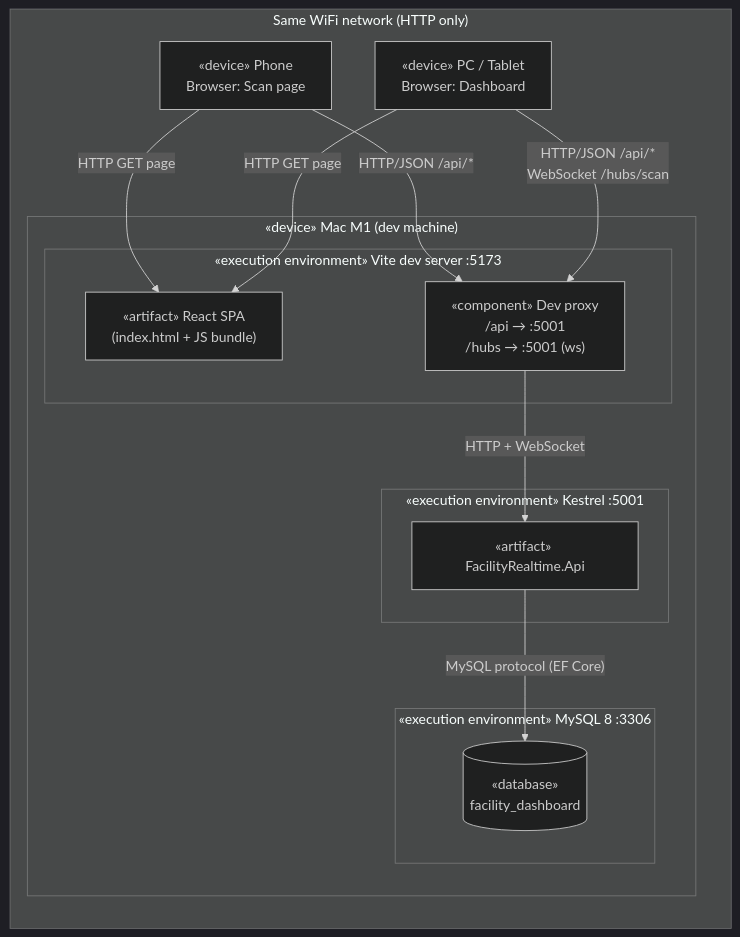
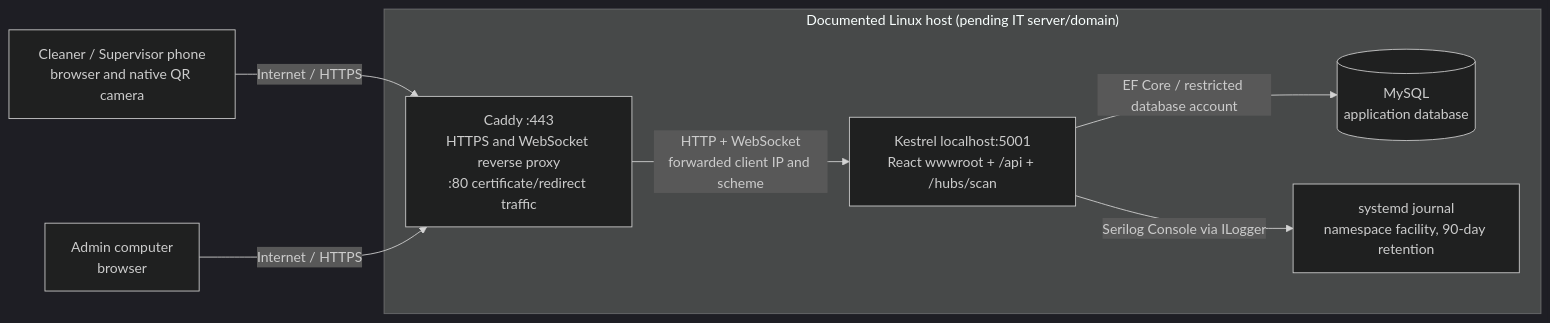
Before and after one commit to ThodsaphonSonthiphin/Facility-Real-time-dashboard: the first of 6 diagrams in docs/architecture.md, drawn with Mermaid (dark theme). The commit also changed other lines of this file and 23 other files, not shown here.

````diff
--- a/docs/architecture.md
+++ b/docs/architecture.md
@@ -20,27 +11,16 @@
 ```mermaid
 flowchart LR
-    subgraph LAN["Same WiFi network (HTTP only)"]
-        Phone["«device» Phone<br/>Browser: Scan page"]
-        Screen["«device» PC / Tablet<br/>Browser: Dashboard"]
-
-        subgraph Mac["«device» Mac M1 (dev machine)"]
-            subgraph Vite["«execution environment» Vite dev server :5173"]
-                SPA["«artifact» React SPA<br/>(index.html + JS bundle)"]
-                Proxy["«component» Dev proxy<br/>/api → :5001<br/>/hubs → :5001 (ws)"]
-            end
-            subgraph Kestrel["«execution environment» Kestrel :5001"]
-                Api["«artifact» FacilityRealtime.Api"]
-            end
-            subgraph MySQL["«execution environment» MySQL 8 :3306"]
-                DB[("«database»<br/>facility_dashboard")]
-            end
-        end
+    Phone["Cleaner / Supervisor phone<br/>browser and native QR camera"]
+    Admin["Admin computer<br/>browser"]
+    subgraph Host["Documented Linux host (pending IT server/domain)"]
+        Proxy["Caddy :443<br/>HTTPS and WebSocket reverse proxy<br/>:80 certificate/redirect traffic"]
+        Api["Kestrel localhost:5001<br/>React wwwroot + /api + /hubs/scan"]
+        DB[("MySQL<br/>application database")]
+        Journal["systemd journal<br/>namespace facility, 90-day retention"]
+        Api -->|"EF Core / restricted database account"| DB
+        Api -->|"Serilog Console via ILogger"| Journal
+        Proxy -->|"HTTP + WebSocket<br/>forwarded client IP and scheme"| Api
     end
-
-    Phone -->|"HTTP GET page"| SPA
-    Screen -->|"HTTP GET page"| SPA
-    Phone -->|"HTTP/JSON /api/*"| Proxy
-    Screen -->|"HTTP/JSON /api/*<br/>WebSocket /hubs/scan"| Proxy
-    Proxy -->|"HTTP + WebSocket"| Api
-    Api -->|"MySQL protocol (EF Core)"| DB
+    Phone -->|"Internet / HTTPS"| Proxy
+    Admin -->|"Internet / HTTPS"| Proxy
 ```
````
